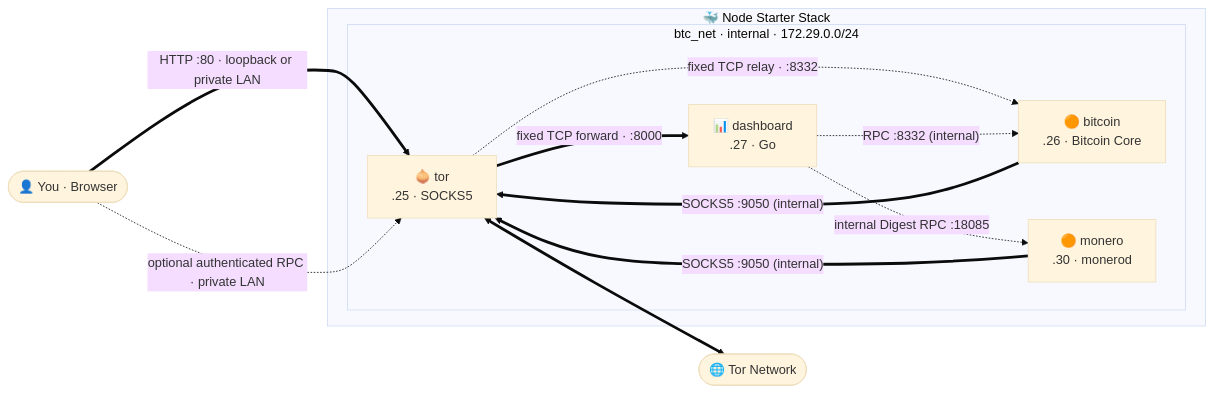
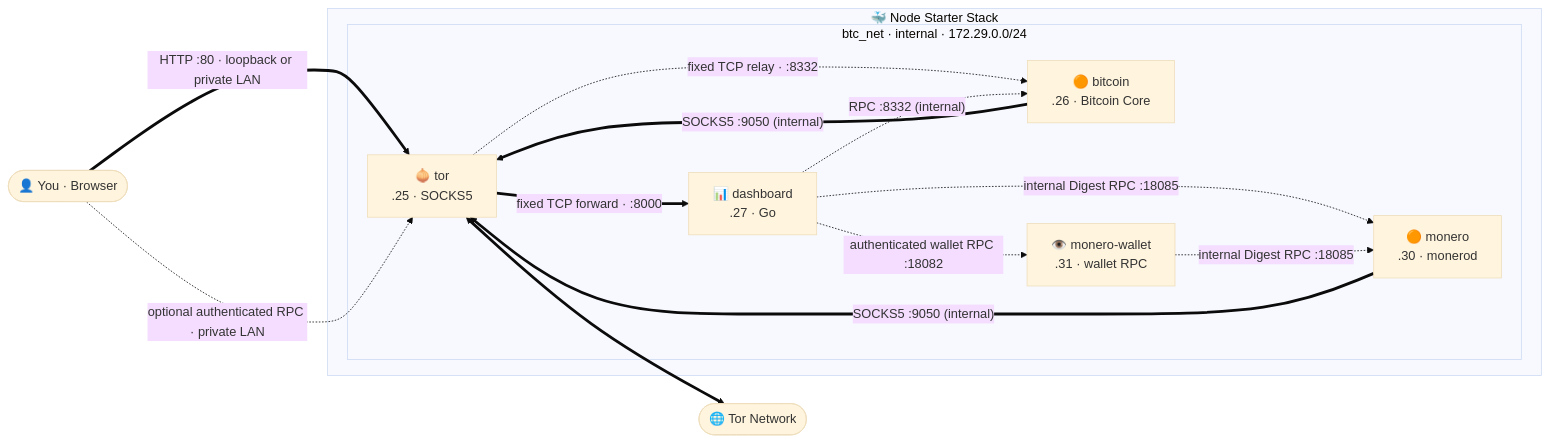
Before and after one commit to VijitSingh97/bitcoin-starter-stack: the diagram in docs/architecture.md, drawn with Mermaid (base theme). The commit also changed other lines of this file and 43 other files, not shown here.

````diff
--- a/docs/architecture.md
+++ b/docs/architecture.md
@@ -6,24 +6,27 @@
 ```mermaid
 flowchart LR
     You(["👤 You · Browser"])
     Net(["🌐 Tor Network"])
 
     subgraph stack ["🐳 Node Starter Stack"]
       subgraph internal ["btc_net · internal · 172.29.0.0/24"]
         Dashboard["📊 dashboard<br/>.27 · Go"]
         Bitcoin["🟠 bitcoin<br/>.26 · Bitcoin Core"]
         Monero["🟠 monero<br/>.30 · monerod"]
+        MoneroWallet["👁️ monero-wallet<br/>.31 · wallet RPC"]
         Tor["🧅 tor<br/>.25 · SOCKS5"]
       end
     end
 
     You ==>|"HTTP :80 · loopback or private LAN"| Tor
     Tor ==>|"fixed TCP forward · :8000"| Dashboard
     You -.->|"optional authenticated RPC · private LAN"| Tor
     Tor -.->|"fixed TCP relay · :8332"| Bitcoin
     Dashboard -.->|"RPC :8332 (internal)"| Bitcoin
     Dashboard -.->|"internal Digest RPC :18085"| Monero
+    Dashboard -.->|"authenticated wallet RPC :18082"| MoneroWallet
+    MoneroWallet -.->|"internal Digest RPC :18085"| Monero
     Bitcoin ==>|"SOCKS5 :9050 (internal)"| Tor
     Monero ==>|"SOCKS5 :9050 (internal)"| Tor
     Tor <==> Net
 ```
````
